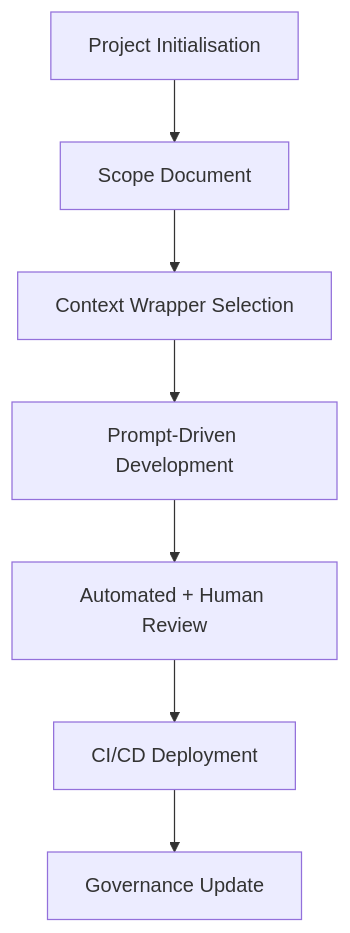
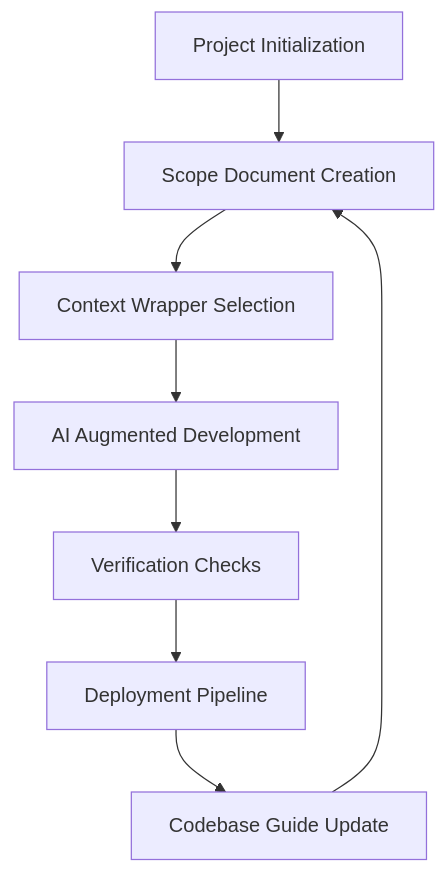
Before and after one commit to skyblue-will/ai_delivery_engine: the diagram in docs/introduction.md, drawn with Mermaid. The commit also changed other lines of this file and 2 other files, not shown here.

````diff
--- a/docs/introduction.md
+++ b/docs/introduction.md
@@ -67,9 +75,10 @@
 ```mermaid
 graph TD
-    A[Project Initialisation] --> B[Scope Document]
+    A[Project Initialization] --> B[Scope Document Creation]
     B --> C[Context Wrapper Selection]
-    C --> D[Prompt-Driven Development]
-    D --> E[Automated + Human Review]
-    E --> F[CI/CD Deployment]
-    F --> G[Governance Update]
+    C --> D[AI Augmented Development]
+    D --> E[Verification Checks]
+    E --> F[Deployment Pipeline]
+    F --> G[Codebase Guide Update]
+    G --> B
 ```
````
